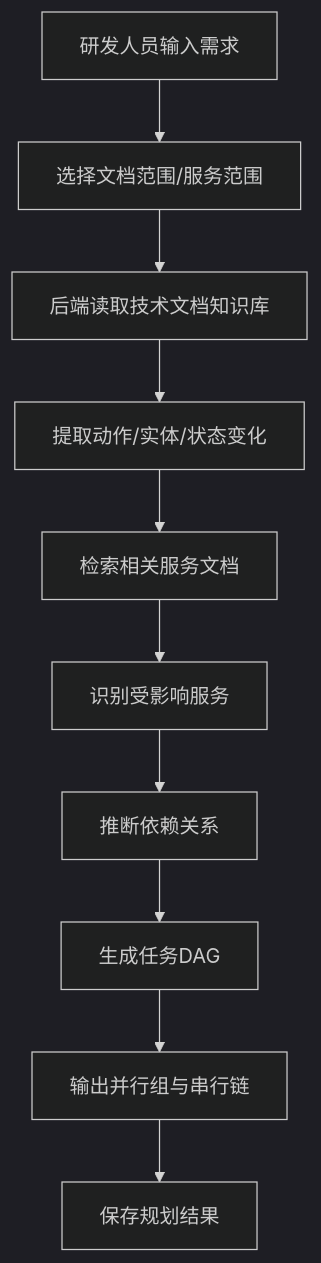
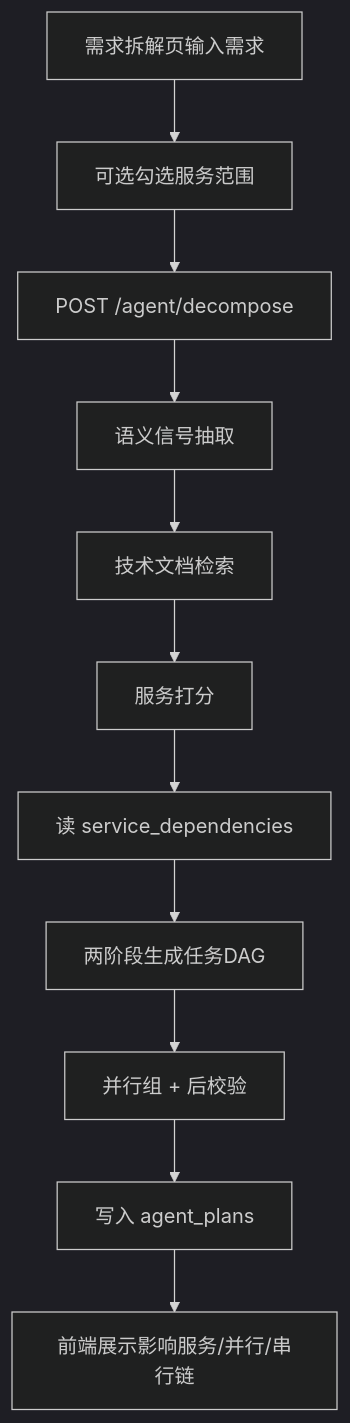
One commit to farhub-wq/AI- changed the fourth of 4 diagrams in docs/业务流程说明.md. Above: the diagram before and after it, drawn with Mermaid (dark theme). The commit also changed other lines of this file and 5 other files, not shown here.

````diff
--- a/docs/业务流程说明.md
+++ b/docs/业务流程说明.md
@@ -123,12 +108,13 @@
 ```mermaid
 flowchart TD
-    A[研发人员输入需求] --> B[选择文档范围/服务范围]
-    B --> C[后端读取技术文档知识库]
-    C --> D[提取动作/实体/状态变化]
-    D --> E[检索相关服务文档]
-    E --> F[识别受影响服务]
-    F --> G[推断依赖关系]
-    G --> H[生成任务DAG]
-    H --> I[输出并行组与串行链]
-    I --> J[保存规划结果]
+    A[需求拆解页输入需求] --> B[可选勾选服务范围]
+    B --> C[POST /agent/decompose]
+    C --> D[语义信号抽取]
+    D --> E[技术文档检索]
+    E --> F[服务打分]
+    F --> G[读 service_dependencies]
+    G --> H[两阶段生成任务DAG]
+    H --> I[并行组 + 后校验]
+    I --> J[写入 agent_plans]
+    J --> K[前端展示影响服务/并行/串行链]
 ```
````
